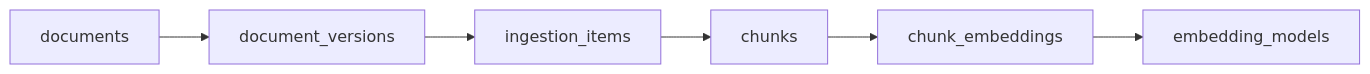
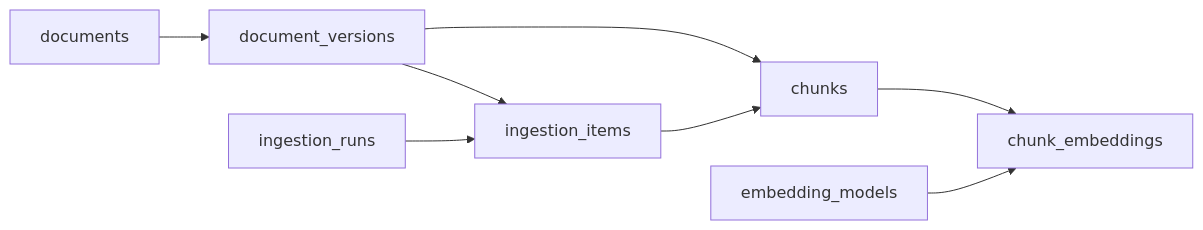
One commit to Yazeedx0/AtlasRAG changed the second of 2 diagrams in docs/diagrams/schema-overview.md. Above: the diagram before and after it, drawn with Mermaid. The commit also changed other lines of this file and 6 other files, not shown here.

Commit message:
refactor: enhance API structure with versioned routing and update schema overview documentation

````diff
--- a/docs/diagrams/schema-overview.md
+++ b/docs/diagrams/schema-overview.md
@@ -60,4 +102,10 @@
 ```mermaid
 flowchart LR
-    documents --> document_versions --> ingestion_items --> chunks --> chunk_embeddings --> embedding_models
+    documents --> document_versions
+    document_versions --> ingestion_items
+    ingestion_runs --> ingestion_items
+    ingestion_items --> chunks
+    document_versions --> chunks
+    chunks --> chunk_embeddings
+    embedding_models --> chunk_embeddings
 ```
````
